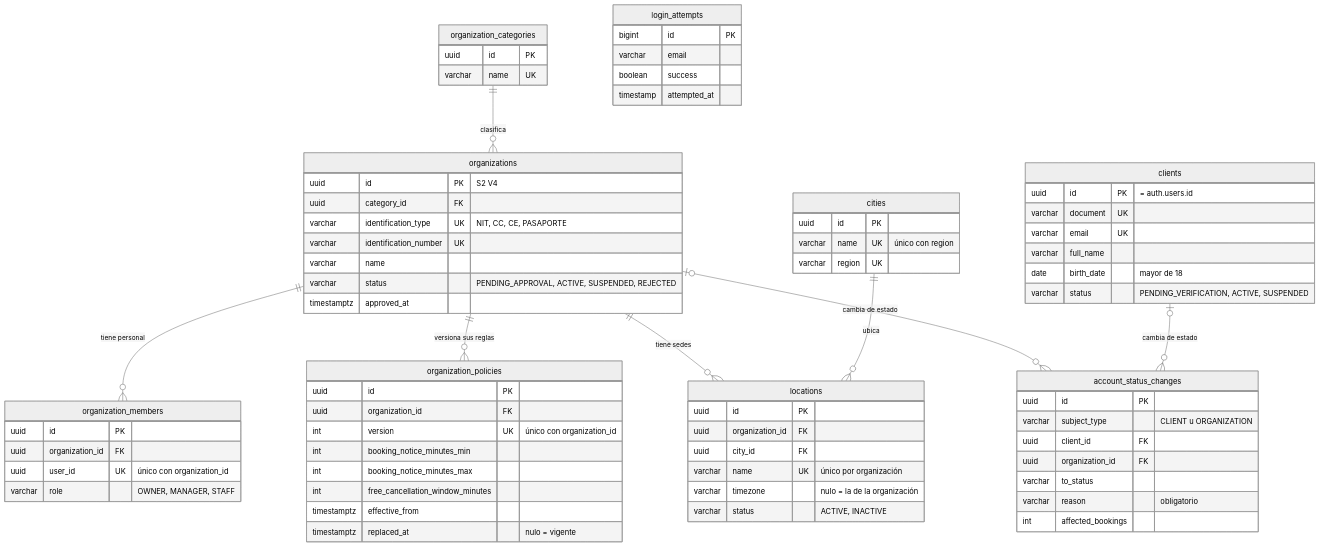
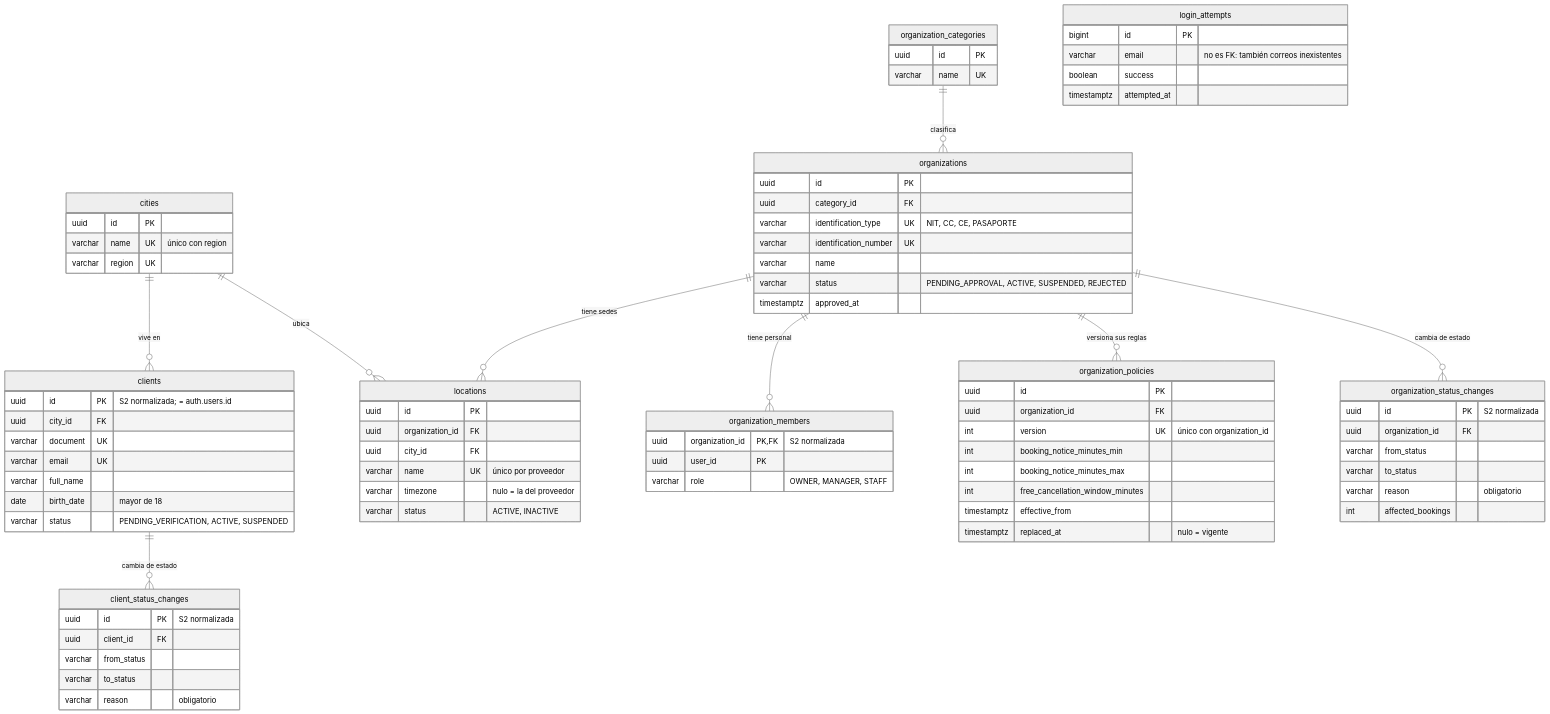
Before and after one commit to andersonhg19/bookingplatform-BDs: the second of 4 diagrams in README.md, drawn with Mermaid (neutral theme). The commit also changed other lines of this file and 2 other files, not shown here.

First line of the commit message:
README del modelo normalizado y diagramas revisados

````diff
--- a/README.md
+++ b/README.md
@@ -95,12 +215,13 @@
 ```mermaid
 erDiagram
+    cities ||--o{ clients : "vive en"
+    cities ||--o{ locations : ubica
+    clients ||--o{ client_status_changes : "cambia de estado"
     organization_categories ||--o{ organizations : clasifica
     organizations ||--o{ organization_members : "tiene personal"
     organizations ||--o{ organization_policies : "versiona sus reglas"
     organizations ||--o{ locations : "tiene sedes"
-    cities ||--o{ locations : ubica
-    organizations |o--o{ account_status_changes : "cambia de estado"
-    clients |o--o{ account_status_changes : "cambia de estado"
+    organizations ||--o{ organization_status_changes : "cambia de estado"
 
     cities {
         uuid id PK
@@ -112,21 +233,29 @@
         varchar name UK
     }
     clients {
-        uuid id PK "= auth.users.id"
+        uuid id PK "S2 normalizada; = auth.users.id"
+        uuid city_id FK
         varchar document UK
         varchar email UK
         varchar full_name
         date birth_date "mayor de 18"
         varchar status "PENDING_VERIFICATION, ACTIVE, SUSPENDED"
     }
+    client_status_changes {
+        uuid id PK "S2 normalizada"
+        uuid client_id FK
+        varchar from_status
+        varchar to_status
+        varchar reason "obligatorio"
+    }
     login_attempts {
         bigint id PK
-        varchar email
+        varchar email "no es FK: también correos inexistentes"
         boolean success
-        timestamp attempted_at
+        timestamptz attempted_at
     }
     organizations {
-        uuid id PK "S2 V4"
+        uuid id PK
         uuid category_id FK
         varchar identification_type UK "NIT, CC, CE, PASAPORTE"
         varchar identification_number UK
@@ -135,9 +264,8 @@
         timestamptz approved_at
     }
     organization_members {
-        uuid id PK
-        uuid organization_id FK
-        uuid user_id UK "único con organization_id"
+        uuid organization_id PK, FK "S2 normalizada"
+        uuid user_id PK
         varchar role "OWNER, MANAGER, STAFF"
     }
     organization_policies {
@@ -154,15 +282,14 @@
         uuid id PK
         uuid organization_id FK
         uuid city_id FK
-        varchar name UK "único por organización"
-        varchar timezone "nulo = la de la organización"
+        varchar name UK "único por proveedor"
+        varchar timezone "nulo = la del proveedor"
         varchar status "ACTIVE, INACTIVE"
     }
-    account_status_changes {
-        uuid id PK
-        varchar subject_type "CLIENT u ORGANIZATION"
-        uuid client_id FK
+    organization_status_changes {
+        uuid id PK "S2 normalizada"
         uuid organization_id FK
+        varchar from_status
         varchar to_status
         varchar reason "obligatorio"
         int affected_bookings
````
